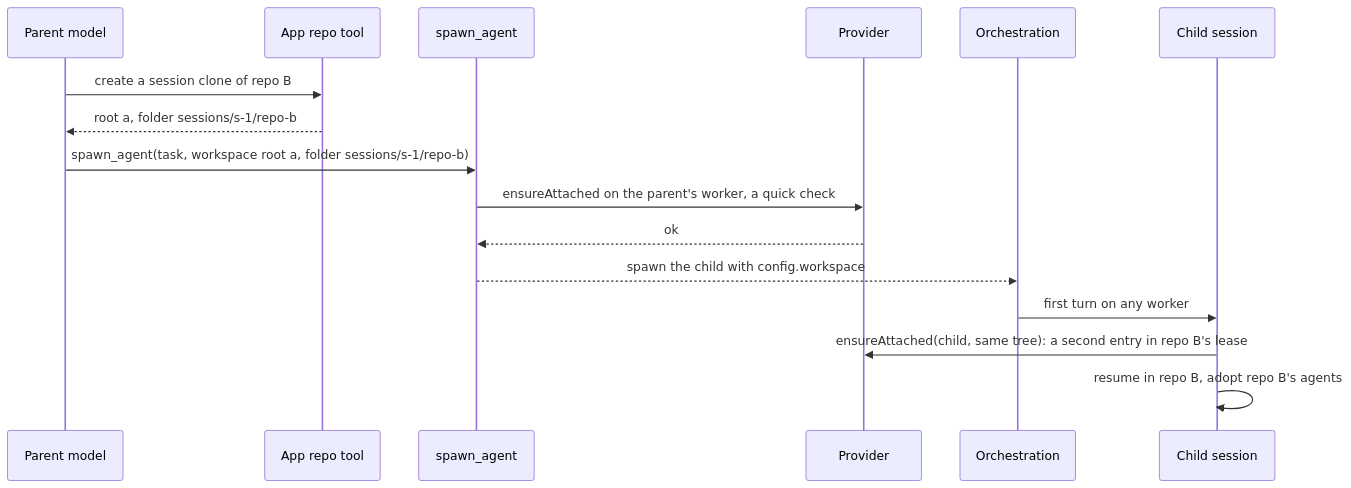
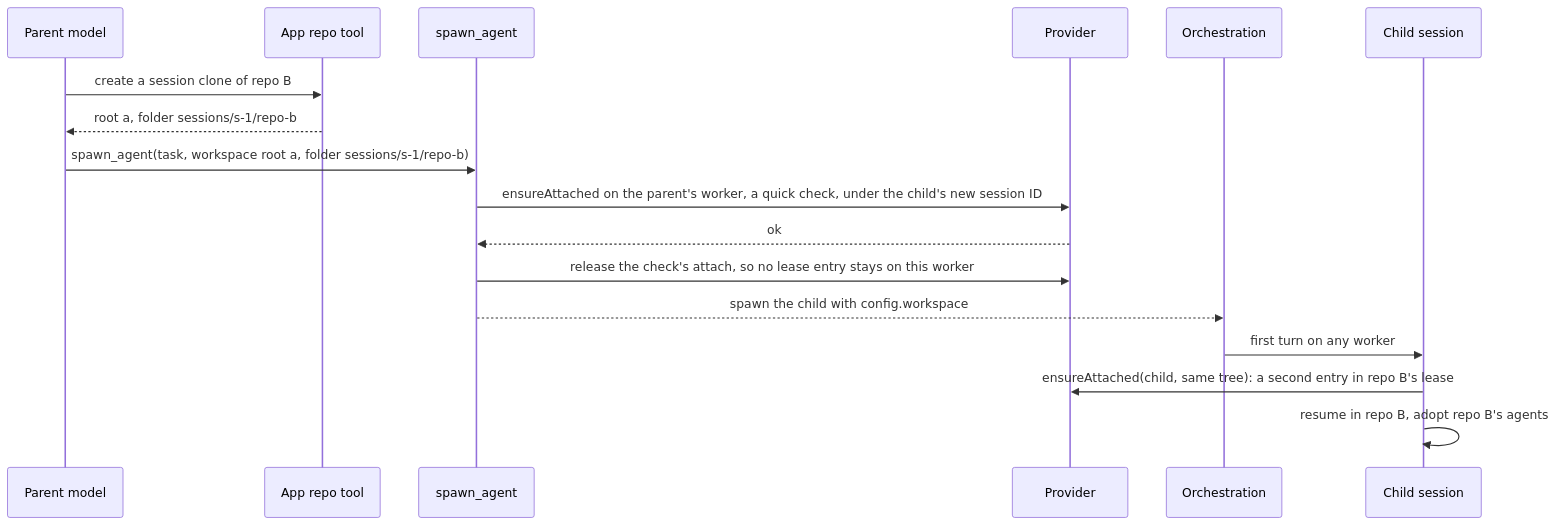
The fifth of 5 diagrams in docs/proposals/session-workspaces.md (microsoft/PilotSwarm), drawn with Mermaid before and after one commit. The commit also changed other lines of this file and 194 other files, not shown here.

First line of the commit message:
Release v0.7.0: session workspaces (#92)

````diff
--- a/docs/proposals/session-workspaces.md
+++ b/docs/proposals/session-workspaces.md
@@ -955,18 +1829,19 @@
 ```mermaid
 sequenceDiagram
   participant M as Parent model
   participant R as App repo tool
   participant T as spawn_agent
   participant P as Provider
   participant O as Orchestration
   participant C as Child session
   M->>R: create a session clone of repo B
   R-->>M: root a, folder sessions/s-1/repo-b
   M->>T: spawn_agent(task, workspace root a, folder sessions/s-1/repo-b)
-  T->>P: ensureAttached on the parent's worker, a quick check
+  T->>P: ensureAttached on the parent's worker, a quick check, under the child's new session ID
   P-->>T: ok
+  T->>P: release the check's attach, so no lease entry stays on this worker
   T-->>O: spawn the child with config.workspace
   O->>C: first turn on any worker
   C->>P: ensureAttached(child, same tree): a second entry in repo B's lease
   C->>C: resume in repo B, adopt repo B's agents
 ```
````
